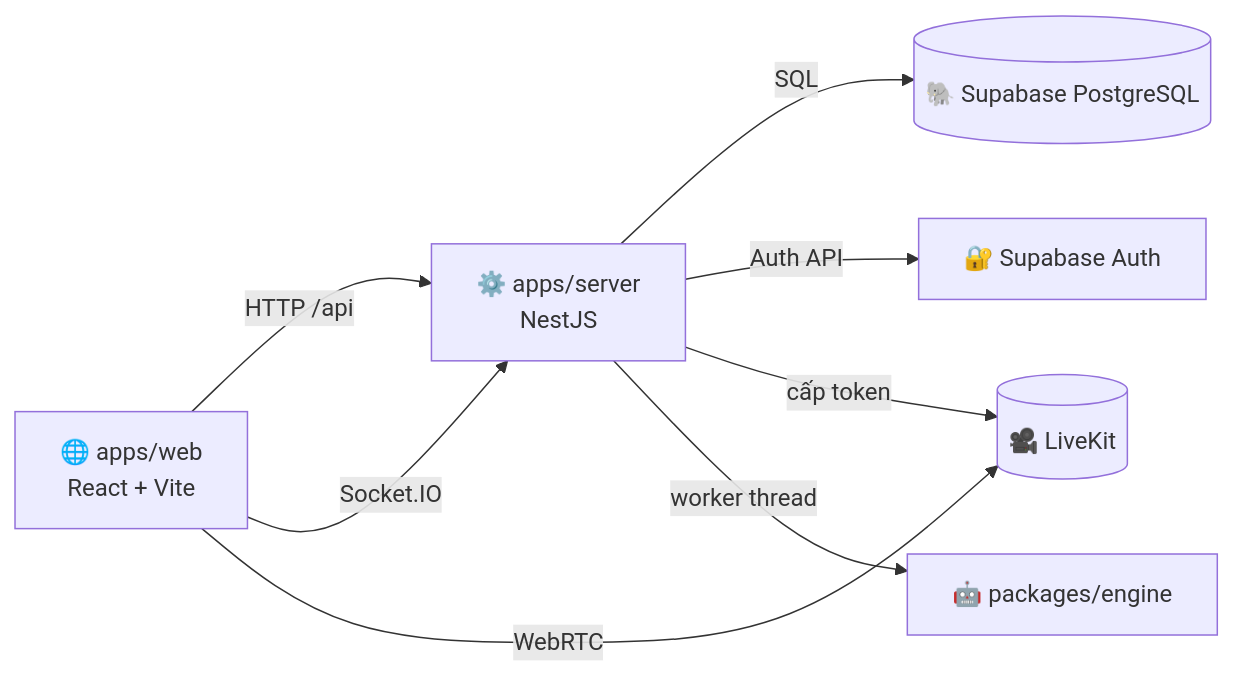
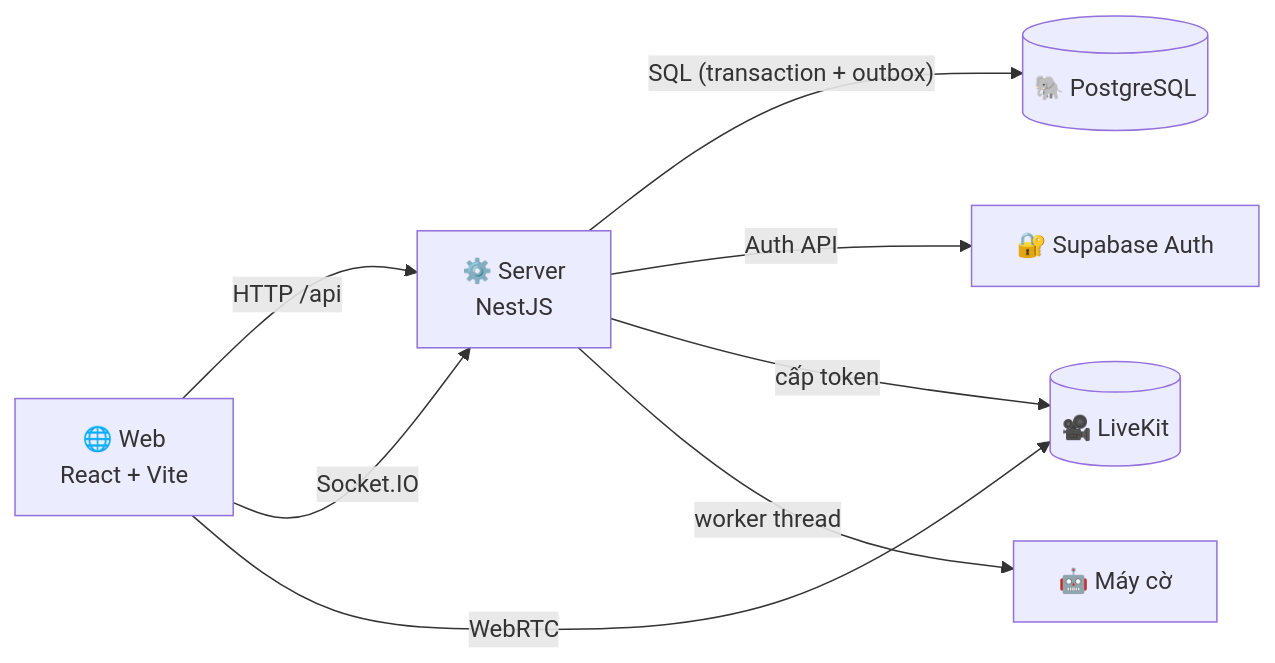
The diagram in README.md (twotnguyen/XIANGQI), drawn with Mermaid before and after one commit. The commit also changed other lines of this file, not shown here.

````diff
--- a/README.md
+++ b/README.md
@@ -113,10 +109,10 @@
 ```mermaid
 flowchart LR
-  Web["🌐 apps/web<br/>React + Vite"] -- "HTTP /api" --> Server["⚙️ apps/server<br/>NestJS"]
+  Web["🌐 Web<br/>React + Vite"] -- "HTTP /api" --> Server["⚙️ Server<br/>NestJS"]
   Web -- "Socket.IO" --> Server
   Web -- "WebRTC" --> LiveKit[("🎥 LiveKit")]
-  Server -- "SQL" --> DB[("🐘 Supabase PostgreSQL")]
+  Server -- "SQL (transaction + outbox)" --> DB[("🐘 PostgreSQL")]
   Server -- "Auth API" --> Auth["🔐 Supabase Auth"]
   Server -- "cấp token" --> LiveKit
-  Server -- "worker thread" --> Engine["🤖 packages/engine"]
+  Server -- "worker thread" --> Engine["🤖 Máy cờ"]
 ```
````
